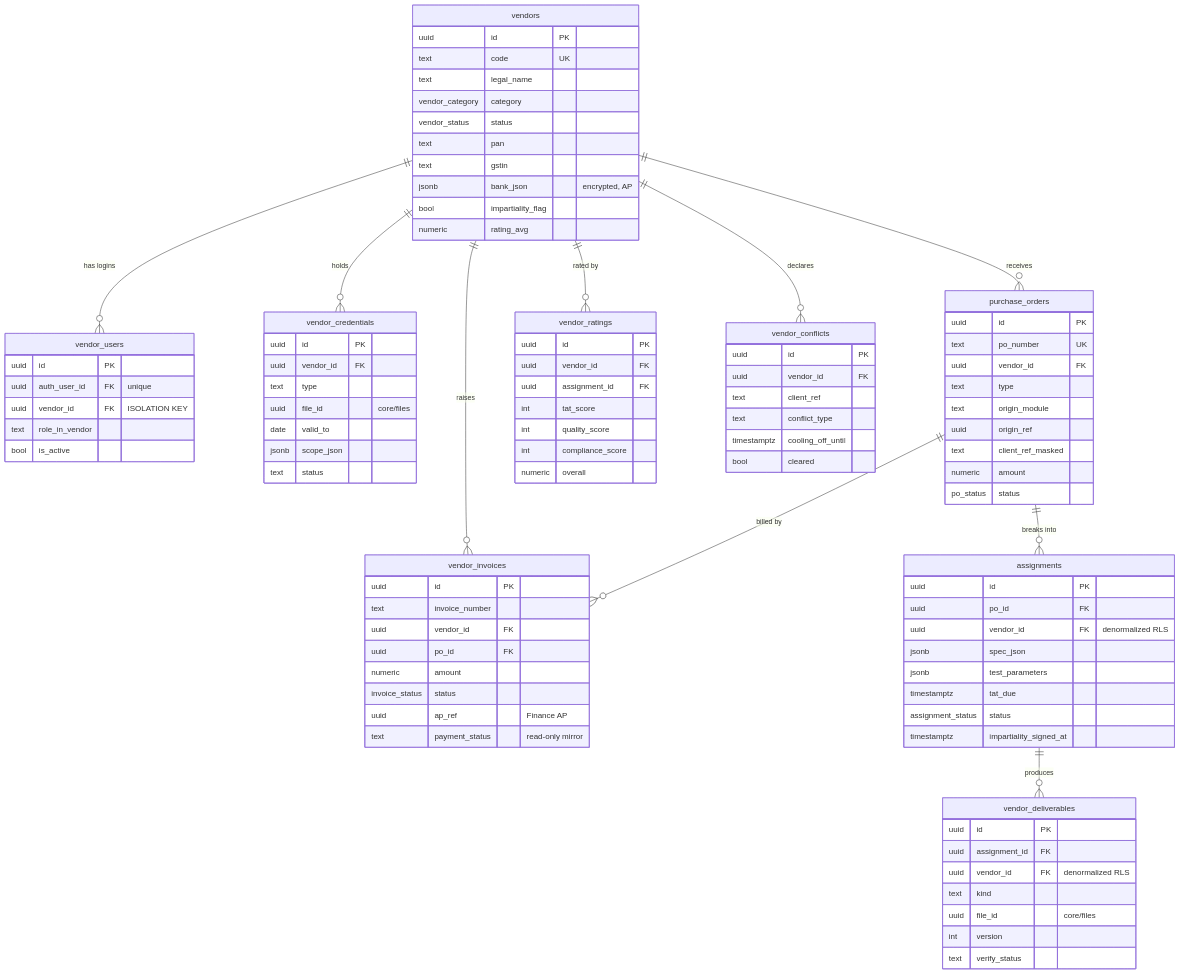
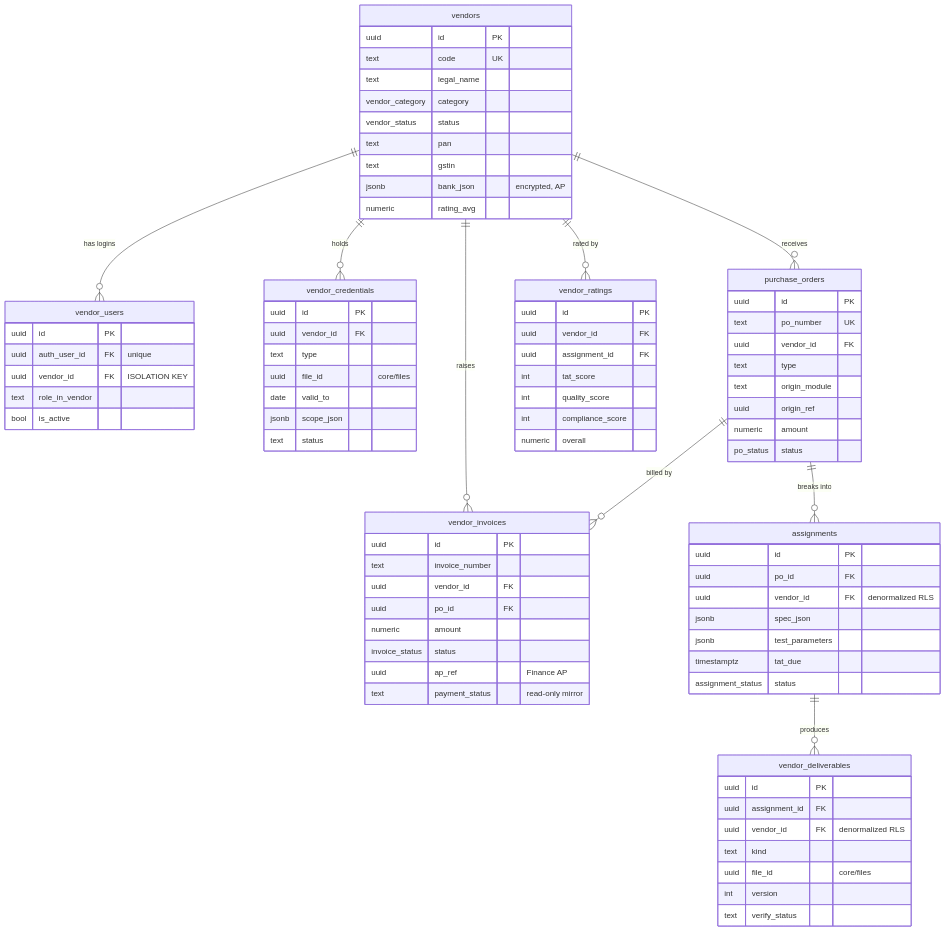
One commit to taruntps/tps-oms changed the third of 4 diagrams in docs/architecture/modules/vendor-portal.md. Above: the diagram before and after it, drawn with Mermaid. The commit also changed other lines of this file and 21 other files, not shown here.

````diff
--- a/docs/architecture/modules/vendor-portal.md
+++ b/docs/architecture/modules/vendor-portal.md
@@ -196,7 +186,6 @@
   vendors ||--o{ purchase_orders : "receives"
   vendors ||--o{ vendor_invoices : "raises"
   vendors ||--o{ vendor_ratings : "rated by"
-  vendors ||--o{ vendor_conflicts : "declares"
   purchase_orders ||--o{ assignments : "breaks into"
   assignments ||--o{ vendor_deliverables : "produces"
   purchase_orders ||--o{ vendor_invoices : "billed by"
@@ -210,7 +199,6 @@
     text pan
     text gstin
     jsonb bank_json "encrypted, AP"
-    bool impartiality_flag
     numeric rating_avg
   }
   vendor_users {
@@ -236,7 +224,6 @@
     text type
     text origin_module
     uuid origin_ref
-    text client_ref_masked
     numeric amount
     po_status status
   }
@@ -248,7 +235,6 @@
     jsonb test_parameters
     timestamptz tat_due
     assignment_status status
-    timestamptz impartiality_signed_at
   }
   vendor_deliverables {
     uuid id PK
@@ -278,12 +264,4 @@
     int compliance_score
     numeric overall
   }
-  vendor_conflicts {
-    uuid id PK
-    uuid vendor_id FK
-    text client_ref
-    text conflict_type
-    timestamptz cooling_off_until
-    bool cleared
-  }
 ```
````
